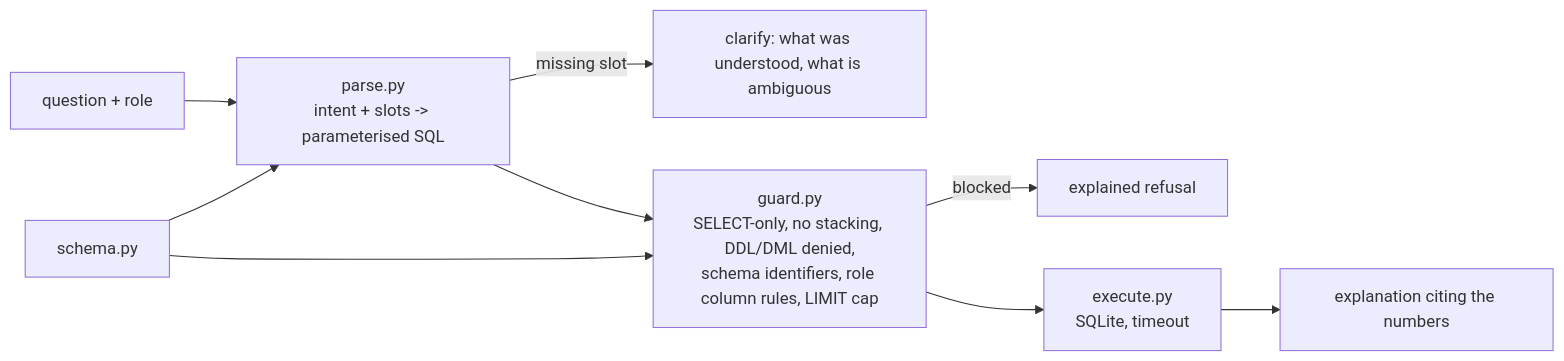
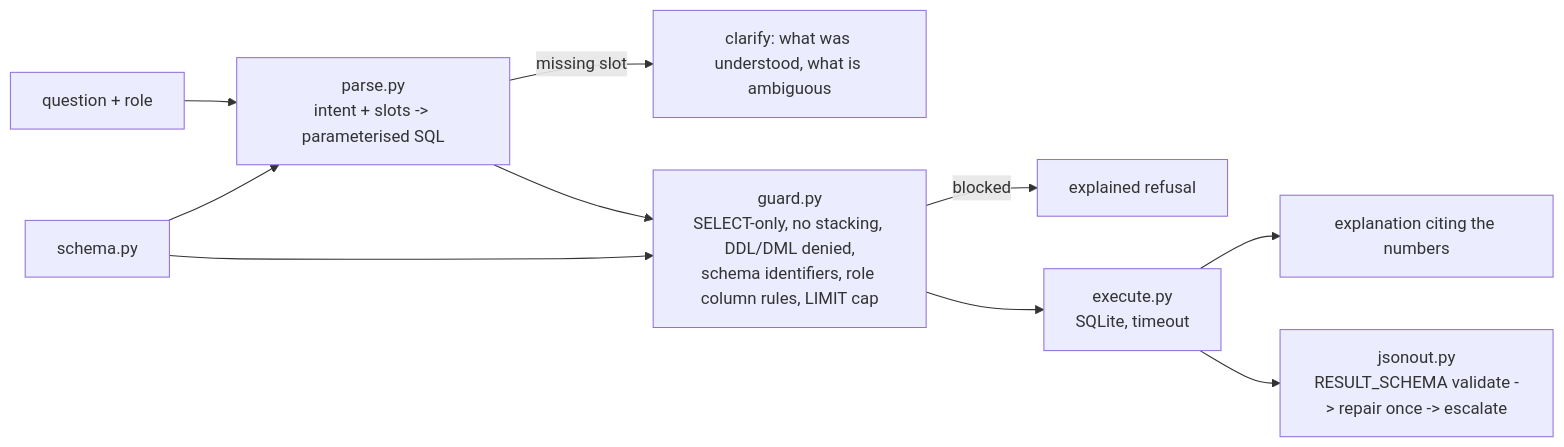
One commit to jagadishmazure-jpg/Jagadish-text2sql-data-agent changed the diagram in README.md. Above: the diagram before and after it, drawn with Mermaid. The commit also changed other lines of this file and 8 other files, not shown here.

Commit message:
JSON mode: validate against RESULT_SCHEMA, reject extra keys and NaN, repair count + metrics, redacted escalation, cents rounding; docs; pin CI tools

````diff
--- a/README.md
+++ b/README.md
@@ -30,11 +31,12 @@
 ```mermaid
 flowchart LR
     Q["question + role"] --> P["parse.py<br/>intent + slots -> parameterised SQL"]
     P -->|"missing slot"| C["clarify: what was understood, what is ambiguous"]
     P --> G["guard.py<br/>SELECT-only, no stacking, DDL/DML denied,<br/>schema identifiers, role column rules, LIMIT cap"]
     G -->|"blocked"| B["explained refusal"]
     G --> X["execute.py<br/>SQLite, timeout"]
     X --> E["explanation citing the numbers"]
+    X --> J["jsonout.py<br/>RESULT_SCHEMA validate -> repair once -> escalate"]
     S["schema.py"] --> P
     S --> G
 ```
````
